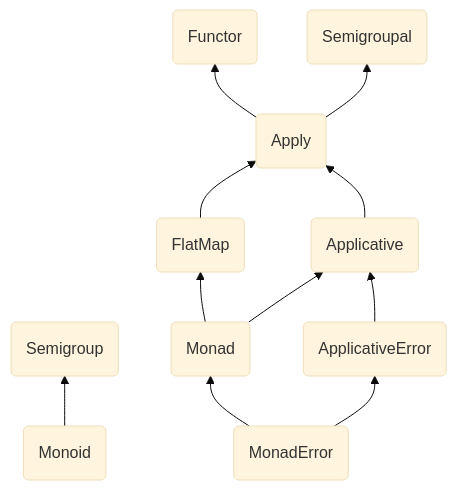
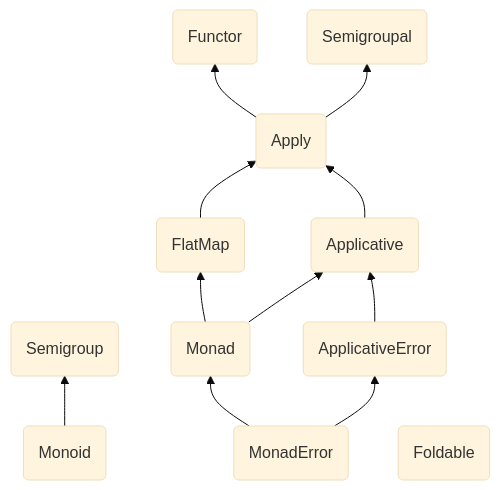
One commit to DarrenBishop/cats-course changed the diagram in m4-type-classes/docs/00-TypeClassHierachy.md. Above: the diagram before and after it, drawn with Mermaid (base theme). The commit also changed 3 other files, not shown here.

````diff
--- a/m4-type-classes/docs/00-TypeClassHierachy.md
+++ b/m4-type-classes/docs/00-TypeClassHierachy.md
@@ -3,13 +3,14 @@
 ```mermaid
 flowchart BT
     MD(Monoid) --> S(Semigroup)
     ME(MonadError) --> M(Monad)
     ME --> AE(ApplicativeError)
     M --> FM(FlatMap)
     FM --> AP(Apply)
     M --> A(Applicative)
     AE --> A
     A --> AP
     AP --> F(Functor)
     AP --> SL(Semigroupal)
+    FO(Foldable)
 ```
````
